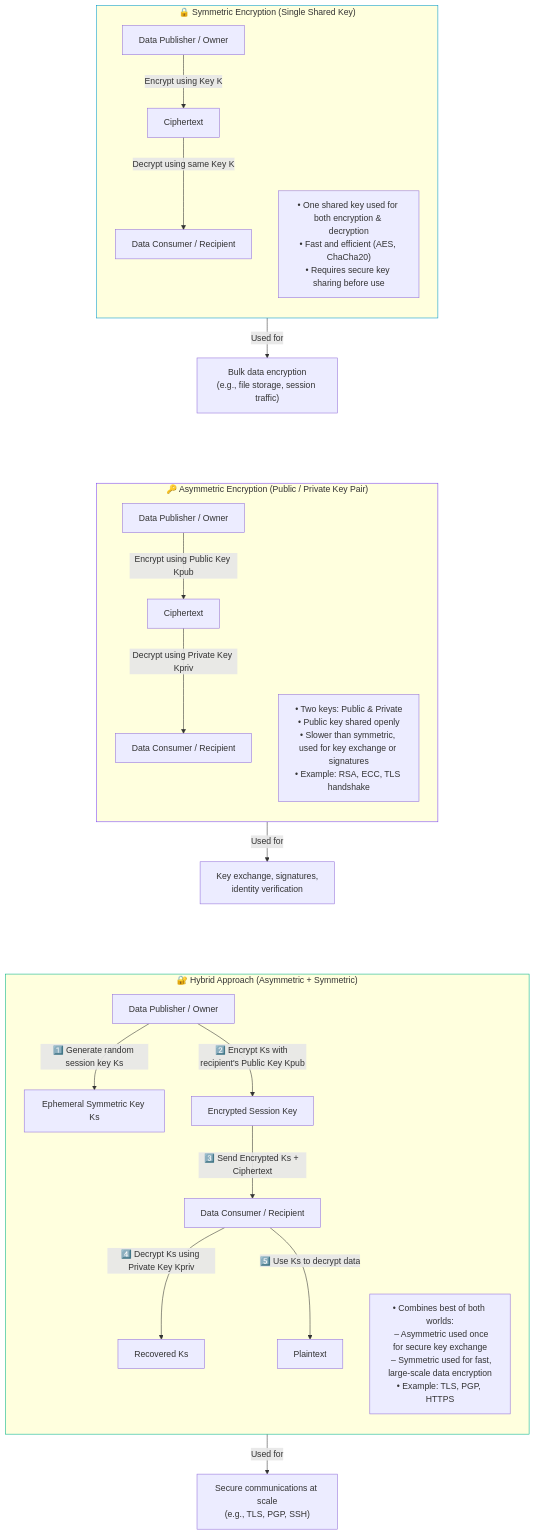
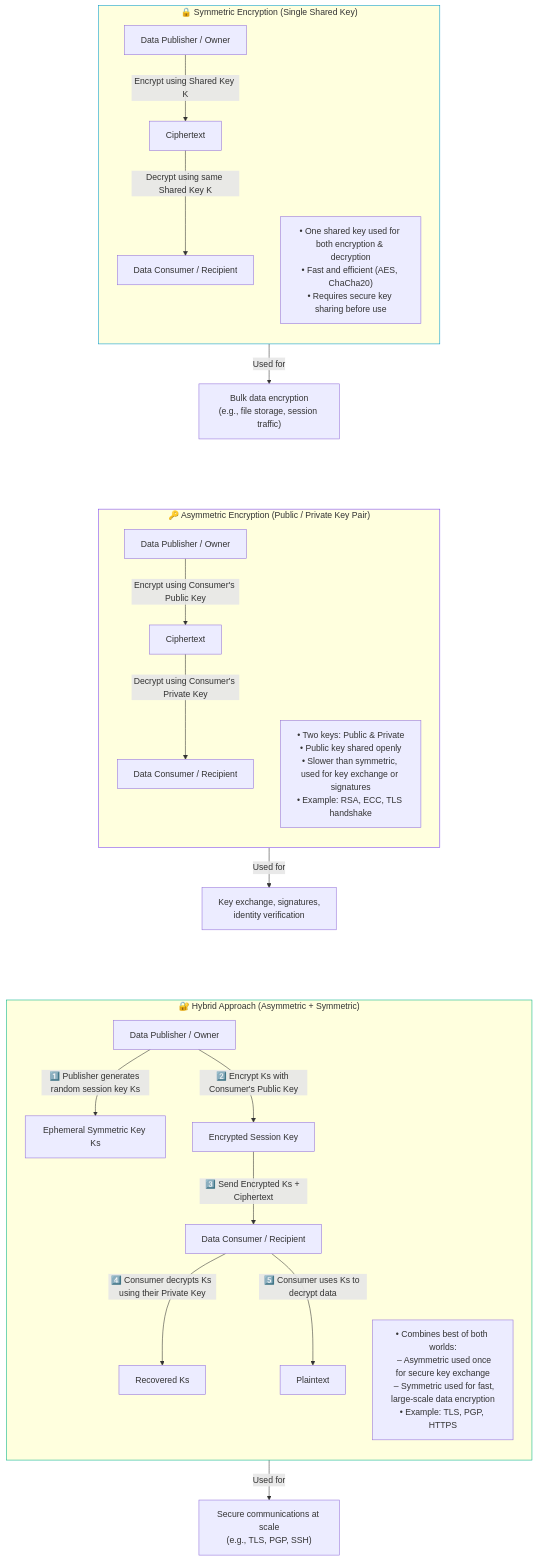
The diagram in diagrams/01-symmetric-asymmetric.mmd (irahulsawhney/crypto-concepts), drawn with Mermaid before and after one commit.

Commit message:
Clarify key ownership across all encryption sections

```diff
--- a/diagrams/01-symmetric-asymmetric.mmd
+++ b/diagrams/01-symmetric-asymmetric.mmd
@@ -1,48 +1,48 @@
 flowchart TB
     %% === SYMMETRIC ENCRYPTION ===
     subgraph Symmetric_Encryption["🔒 Symmetric Encryption (Single Shared Key)"]
         direction TB
         P1["Data Publisher / Owner"]
         C1["Data Consumer / Recipient"]
-        P1 -->|Encrypt using Key K| B1[Ciphertext]
-        B1 -->|Decrypt using same Key K| C1
+        P1 -->|Encrypt using Shared Key K| B1[Ciphertext]
+        B1 -->|Decrypt using same Shared Key K| C1
         N1["• One shared key used for both encryption & decryption<br/>• Fast and efficient (AES, ChaCha20)<br/>• Requires secure key sharing before use"]
     end
     Symmetric_Encryption -->|Used for| D1["Bulk data encryption<br/>(e.g., file storage, session traffic)"]
 
     D1 ~~~ separator1[ ]
     separator1 ~~~ Asymmetric_Encryption
 
     %% === ASYMMETRIC ENCRYPTION ===
     subgraph Asymmetric_Encryption["🔑 Asymmetric Encryption (Public / Private Key Pair)"]
         direction TB
         P2["Data Publisher / Owner"]
         C2["Data Consumer / Recipient"]
-        P2 -->|Encrypt using Public Key Kpub| B2[Ciphertext]
-        B2 -->|Decrypt using Private Key Kpriv| C2
+        P2 -->|Encrypt using Consumer's Public Key| B2[Ciphertext]
+        B2 -->|Decrypt using Consumer's Private Key| C2
         N2["• Two keys: Public & Private<br/>• Public key shared openly<br/>• Slower than symmetric, used for key exchange or signatures<br/>• Example: RSA, ECC, TLS handshake"]
     end
     Asymmetric_Encryption -->|Used for| D2["Key exchange, signatures,<br/>identity verification"]
 
     D2 ~~~ separator2[ ]
     separator2 ~~~ Hybrid_Encryption
 
     %% === HYBRID ENCRYPTION ===
     subgraph Hybrid_Encryption["🔐 Hybrid Approach (Asymmetric + Symmetric)"]
         direction TB
         PH["Data Publisher / Owner"]
         CH["Data Consumer / Recipient"]
-        PH -->|1️⃣ Generate random session key Ks| Step1["Ephemeral Symmetric Key Ks"]
-        PH -->|2️⃣ Encrypt Ks with recipient's Public Key Kpub| Step2["Encrypted Session Key"]
+        PH -->|1️⃣ Publisher generates random session key Ks| Step1["Ephemeral Symmetric Key Ks"]
+        PH -->|2️⃣ Encrypt Ks with Consumer's Public Key| Step2["Encrypted Session Key"]
         Step2 -->|3️⃣ Send Encrypted Ks + Ciphertext| CH
-        CH -->|4️⃣ Decrypt Ks using Private Key Kpriv| Step3["Recovered Ks"]
-        CH -->|5️⃣ Use Ks to decrypt data| Step4["Plaintext"]
+        CH -->|4️⃣ Consumer decrypts Ks using their Private Key| Step3["Recovered Ks"]
+        CH -->|5️⃣ Consumer uses Ks to decrypt data| Step4["Plaintext"]
         NH["• Combines best of both worlds:<br/>  – Asymmetric used once for secure key exchange<br/>  – Symmetric used for fast, large-scale data encryption<br/>• Example: TLS, PGP, HTTPS"]
     end
     Hybrid_Encryption -->|Used for| D3["Secure communications at scale<br/>(e.g., TLS, PGP, SSH)"]
 
     style Symmetric_Encryption stroke:#0099cc,stroke-width:1px
     style Asymmetric_Encryption stroke:#7a42f4,stroke-width:1px
     style Hybrid_Encryption stroke:#00b386,stroke-width:1px
     style separator1 fill:none,stroke:none
     style separator2 fill:none,stroke:none
```
